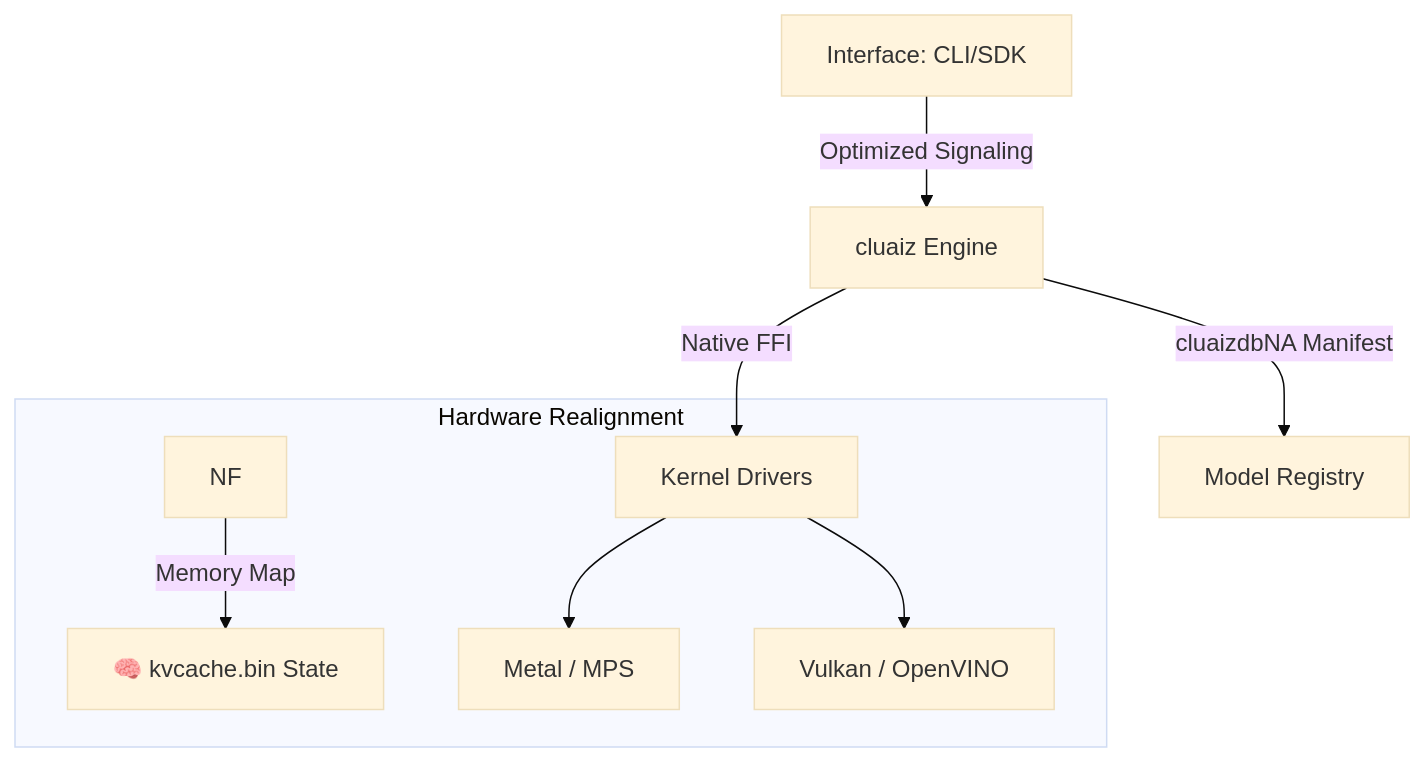
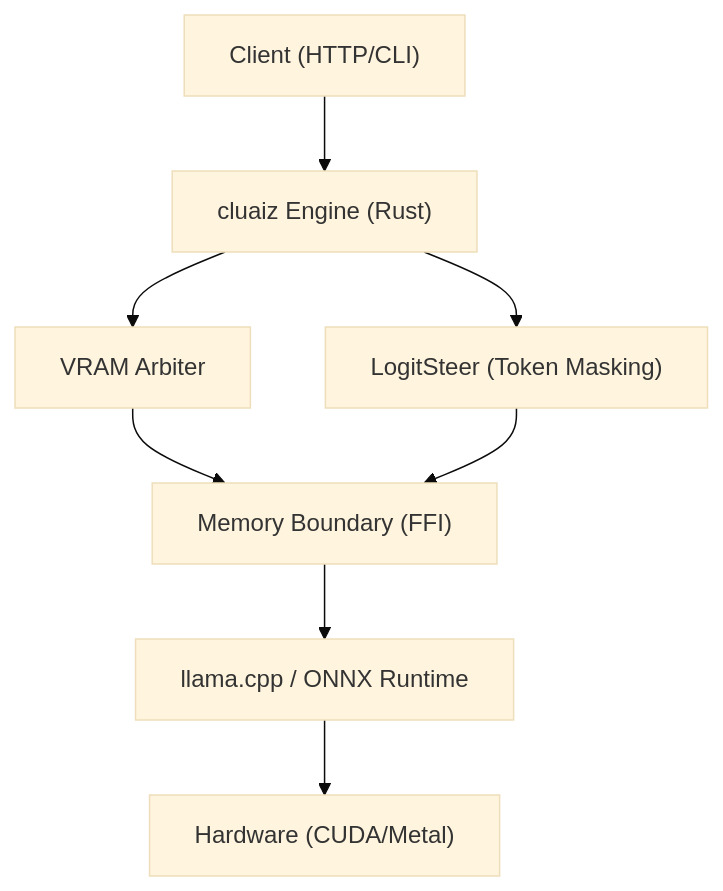
Before and after one commit to ayan-kushwaha/Cluaiz-: the diagram in README.md, drawn with Mermaid (base theme). The commit also changed other lines of this file and 28 other files, not shown here.

````diff
--- a/README.md
+++ b/README.md
@@ -115,12 +138,10 @@
 ```mermaid
 graph TD
-    A[Interface: CLI/SDK] -- "Optimized Signaling" --> B["cluaiz Engine"]
-    B -- "cluaizdbNA Manifest" --> C[Model Registry]
-    B -- "Native FFI" --> D[Kernel Drivers]
-    
-    subgraph "Hardware Realignment"
-        NF -->|Memory Map| S["🧠 kvcache.bin State"]
-        D --> D2[Metal / MPS]
-        D --> D3[Vulkan / OpenVINO]
-    end
+    A["Client (HTTP/CLI)"] --> B["cluaiz Engine (Rust)"]
+    B --> C["VRAM Arbiter"]
+    B --> D["LogitSteer (Token Masking)"]
+    C --> E["Memory Boundary (FFI)"]
+    D --> E
+    E --> F["llama.cpp / ONNX Runtime"]
+    F --> G["Hardware (CUDA/Metal)"]
 ```
````
